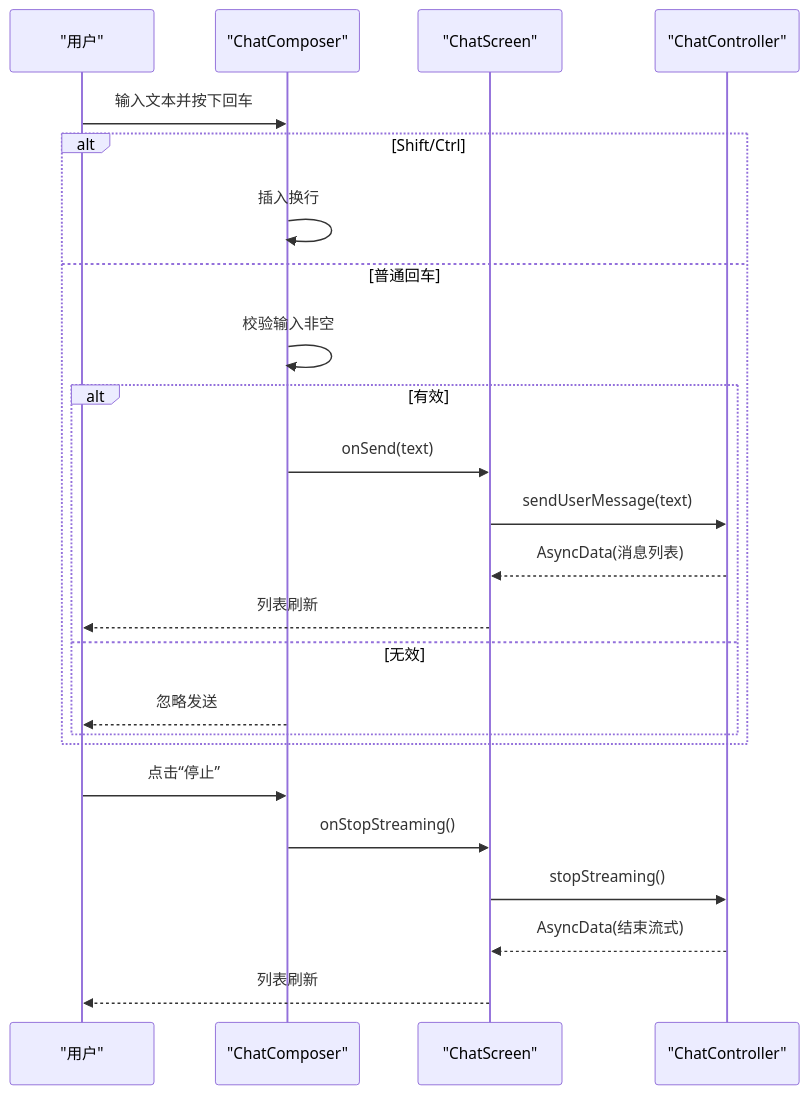
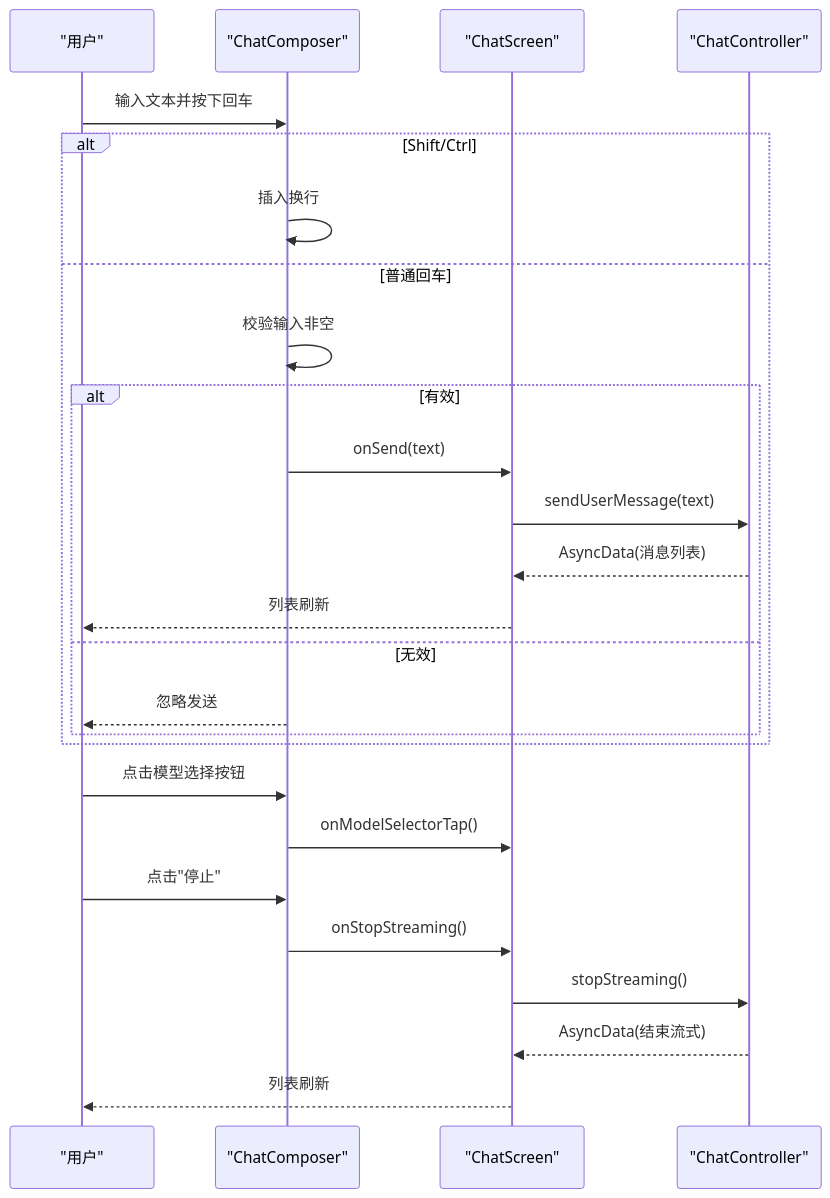
Before and after one commit to Ykworm/thktree: the fifth of 9 diagrams in .qoder/repowiki/zh/content/核心功能模块/对话管理系统/聊天界面组件.md, drawn with Mermaid. The commit also changed other lines of this file and 45 other files, not shown here.

````diff
--- a/.qoder/repowiki/zh/content/核心功能模块/对话管理系统/聊天界面组件.md
+++ b/.qoder/repowiki/zh/content/核心功能模块/对话管理系统/聊天界面组件.md
@@ -188,26 +247,28 @@
 ```mermaid
 sequenceDiagram
 participant U as "用户"
 participant C as "ChatComposer"
 participant S as "ChatScreen"
 participant Ctrl as "ChatController"
 U->>C : 输入文本并按下回车
 alt Shift/Ctrl
 C->>C : 插入换行
 else 普通回车
 C->>C : 校验输入非空
 alt 有效
 C->>S : onSend(text)
 S->>Ctrl : sendUserMessage(text)
 Ctrl-->>S : AsyncData(消息列表)
 S-->>U : 列表刷新
 else 无效
 C-->>U : 忽略发送
 end
 end
-U->>C : 点击“停止”
+U->>C : 点击模型选择按钮
+C->>S : onModelSelectorTap()
+U->>C : 点击"停止"
 C->>S : onStopStreaming()
 S->>Ctrl : stopStreaming()
 Ctrl-->>S : AsyncData(结束流式)
 S-->>U : 列表刷新
 ```
````
